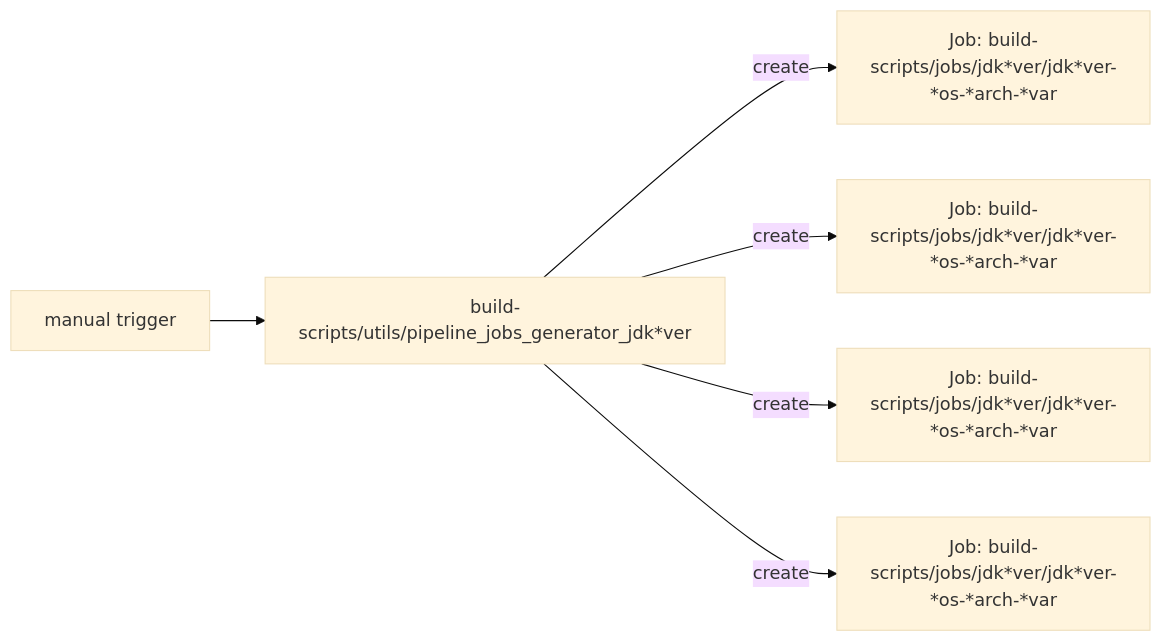
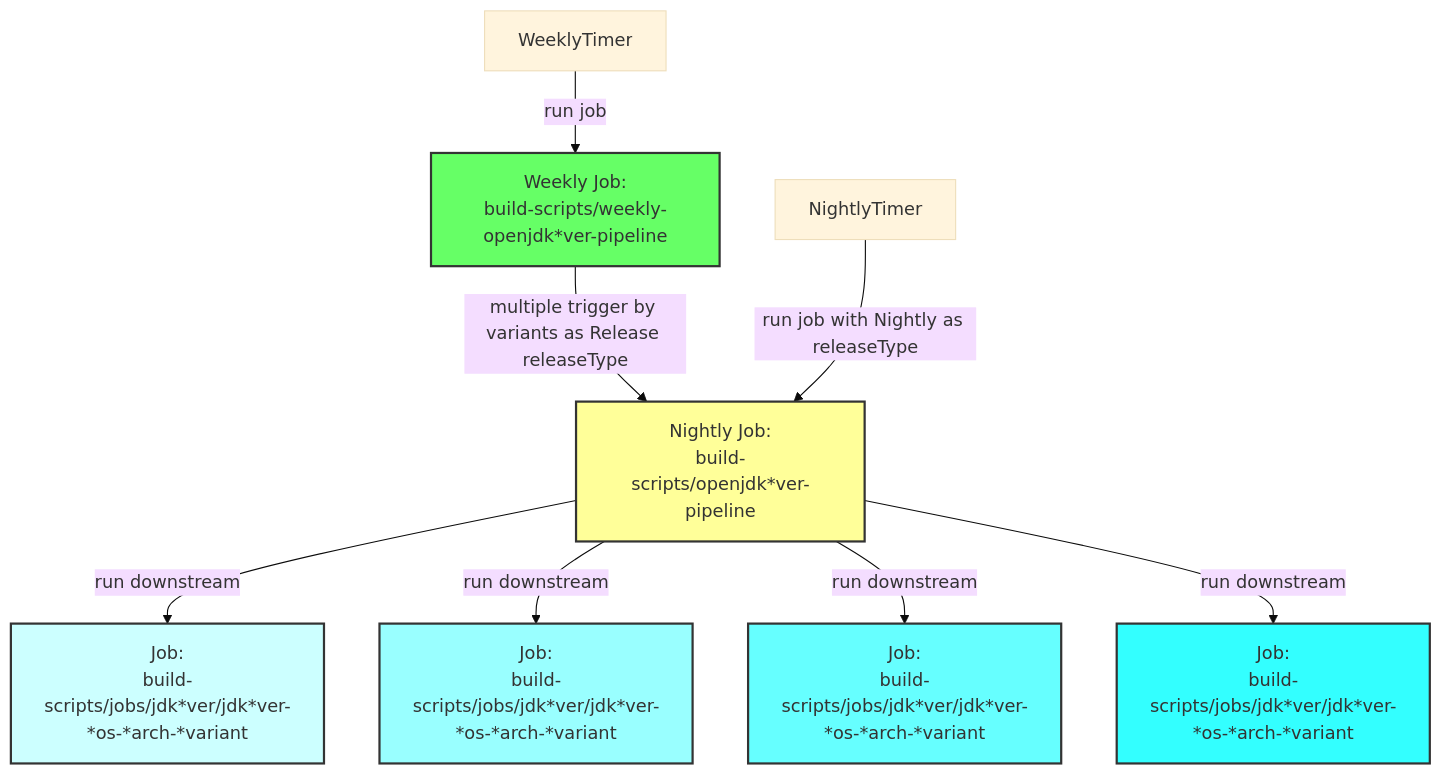
One commit to adoptium/ci-jenkins-pipelines changed the first of 9 diagrams in docs/diagram.md. Above: the diagram before and after it, drawn with Mermaid (base theme). The commit also changed other lines of this file, not shown here.

````diff
--- a/docs/diagram.md
+++ b/docs/diagram.md
@@ -24,8 +5,27 @@
 ```mermaid
-flowchart  LR  
-Trigger2[manual trigger] --> Seed2[build-scripts/utils/pipeline_jobs_generator_jdk*ver]
-Seed2 --create--> Downstream1[Job: build-scripts/jobs/jdk*ver/jdk*ver-*os-*arch-*var]
-Seed2 --create--> Downstream2[Job: build-scripts/jobs/jdk*ver/jdk*ver-*os-*arch-*var]
-Seed2 --create--> Downstream3[Job: build-scripts/jobs/jdk*ver/jdk*ver-*os-*arch-*var]
-Seed2 --create--> Downstream4[Job: build-scripts/jobs/jdk*ver/jdk*ver-*os-*arch-*var]
- ```
+
+flowchart TD
+
+WeeklyTimer --run job--> PipelineW["Weekly Job:\nbuild-scripts/weekly-openjdk*ver-pipeline"]
+PipelineW --multiple trigger by variants as Release releaseType--> PipelineN["Nightly Job:\nbuild-scripts/openjdk*ver-pipeline"]
+
+NightlyTimer --run job with Nightly as releaseType--> PipelineN
+
+PipelineN --run downstream--> DS1["Job:\nbuild-scripts/jobs/jdk*ver/jdk*ver-*os-*arch-*variant"]
+PipelineN --run downstream--> DS2["Job:\nbuild-scripts/jobs/jdk*ver/jdk*ver-*os-*arch-*variant"]
+PipelineN --run downstream --> DS3["Job:\nbuild-scripts/jobs/jdk*ver/jdk*ver-*os-*arch-*variant"]
+PipelineN --run downstream --> DS12["Job:\nbuild-scripts/jobs/jdk*ver/jdk*ver-*os-*arch-*variant"]
+
+classDef yellow fill:#ffff99,stroke:#333,stroke-width:2px
+classDef green fill:#66ff66,stroke:#333,stroke-width:2px
+classDef c1 fill:#ccffff,stroke:#333,stroke-width:2px
+classDef c2 fill:#99ffff,stroke:#333,stroke-width:2px
+classDef c3 fill:#66ffff,stroke:#333,stroke-width:2px
+classDef c12 fill:#33ffff,stroke:#333,stroke-width:2px
+class PipelineW green
+class PipelineN yellow
+class DS1 c1
+class DS2 c2
+class DS3 c3
+class DS12 c12
+```
````
